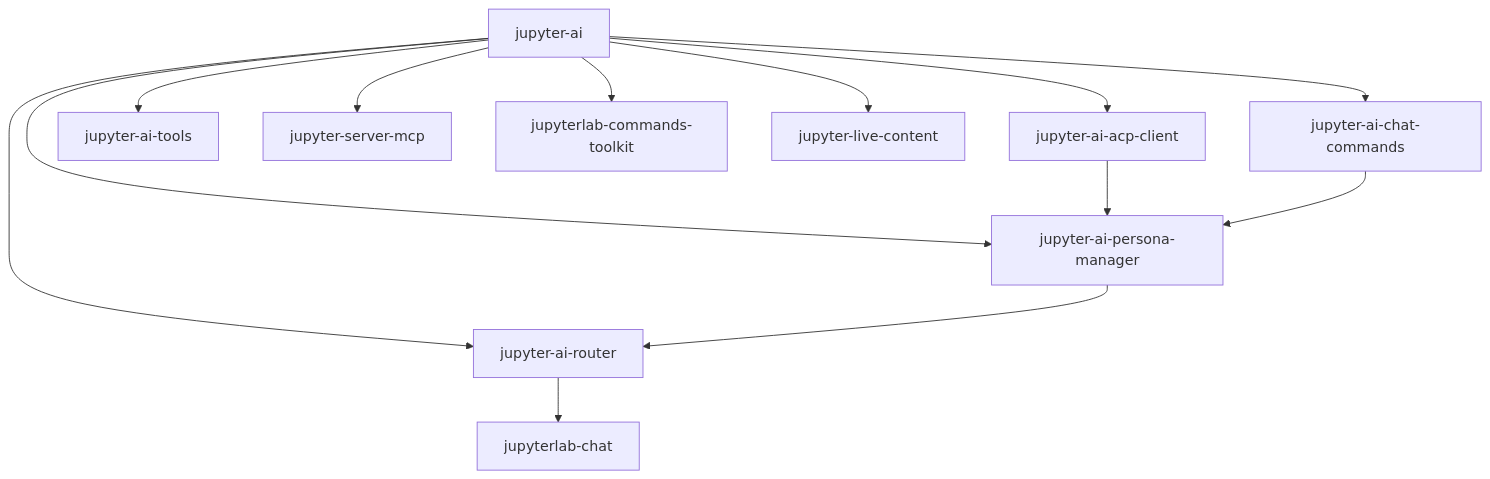
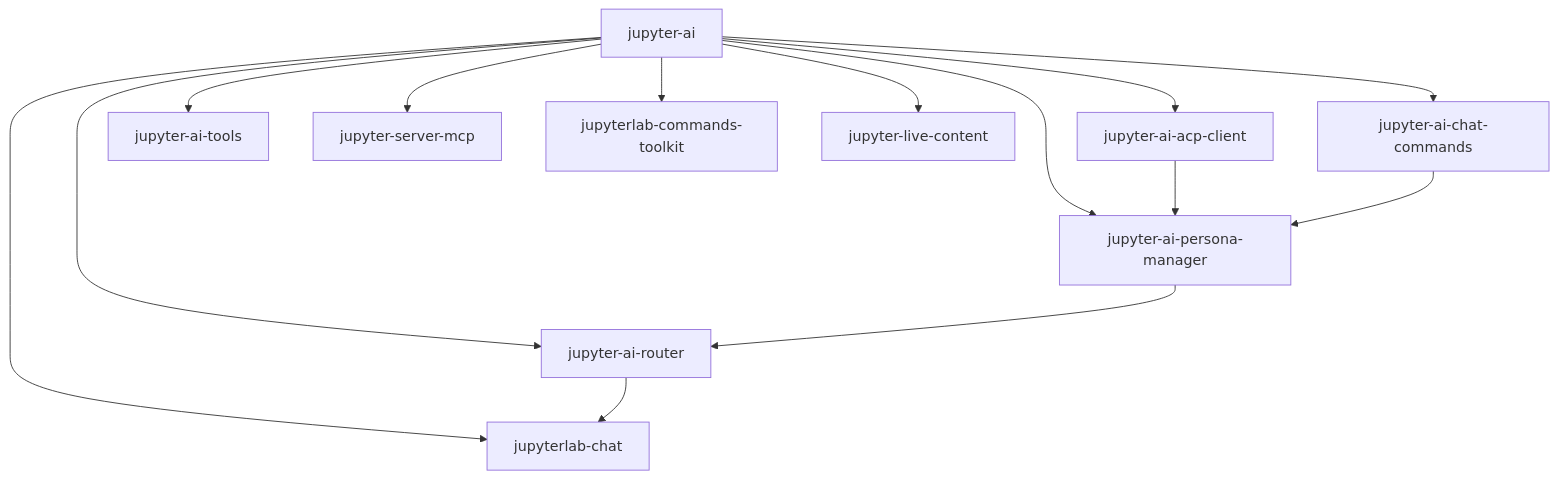
One commit to jupyterlab/jupyter-ai changed the diagram in docs/source/contributors/release-process.md. Above: the diagram before and after it, drawn with Mermaid.

Commit message:
Add direct jupyter-ai -> jupyterlab-chat edge to dependency graph

````diff
--- a/docs/source/contributors/release-process.md
+++ b/docs/source/contributors/release-process.md
@@ -90,18 +90,19 @@
 ```{mermaid}
 flowchart TD
     ja[jupyter-ai]
 
+    ja --> chat[jupyterlab-chat]
     ja --> router[jupyter-ai-router]
     ja --> pm[jupyter-ai-persona-manager]
     ja --> cc[jupyter-ai-chat-commands]
     ja --> acp[jupyter-ai-acp-client]
     ja --> tools[jupyter-ai-tools]
     ja --> mcp[jupyter-server-mcp]
     ja --> toolkit[jupyterlab-commands-toolkit]
     ja --> lc[jupyter-live-content]
 
     acp --> pm
     cc --> pm
     pm --> router
-    router --> chat[jupyterlab-chat]
+    router --> chat
 ```
````
